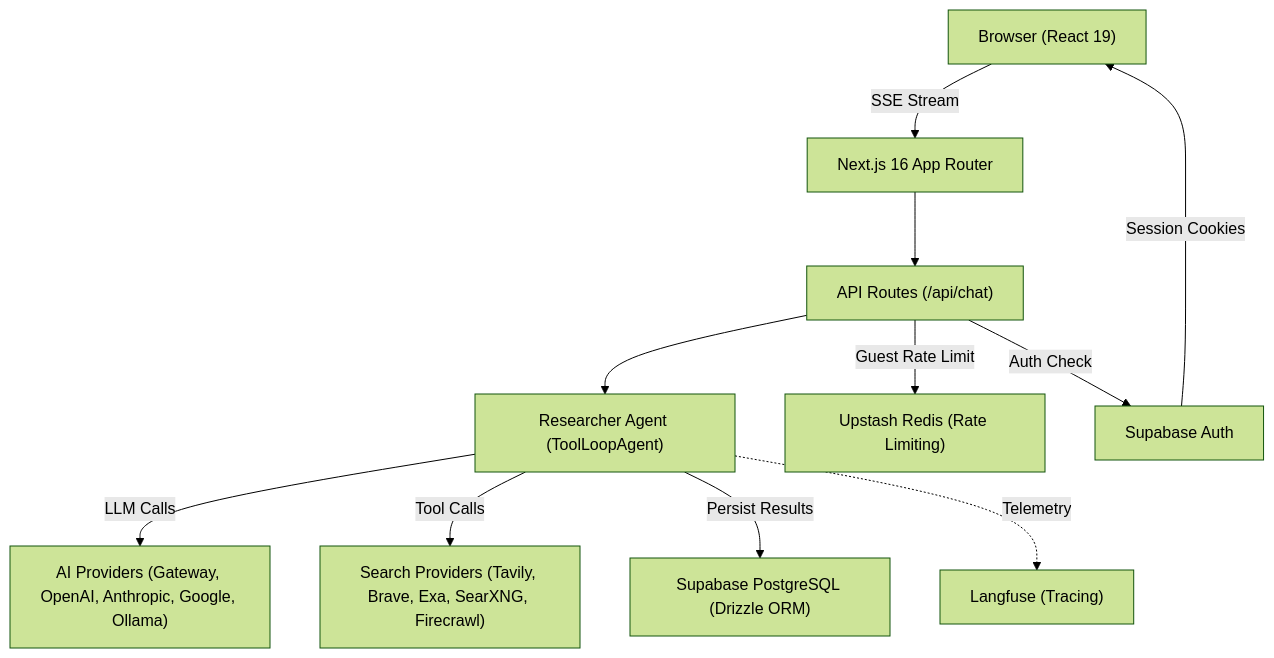
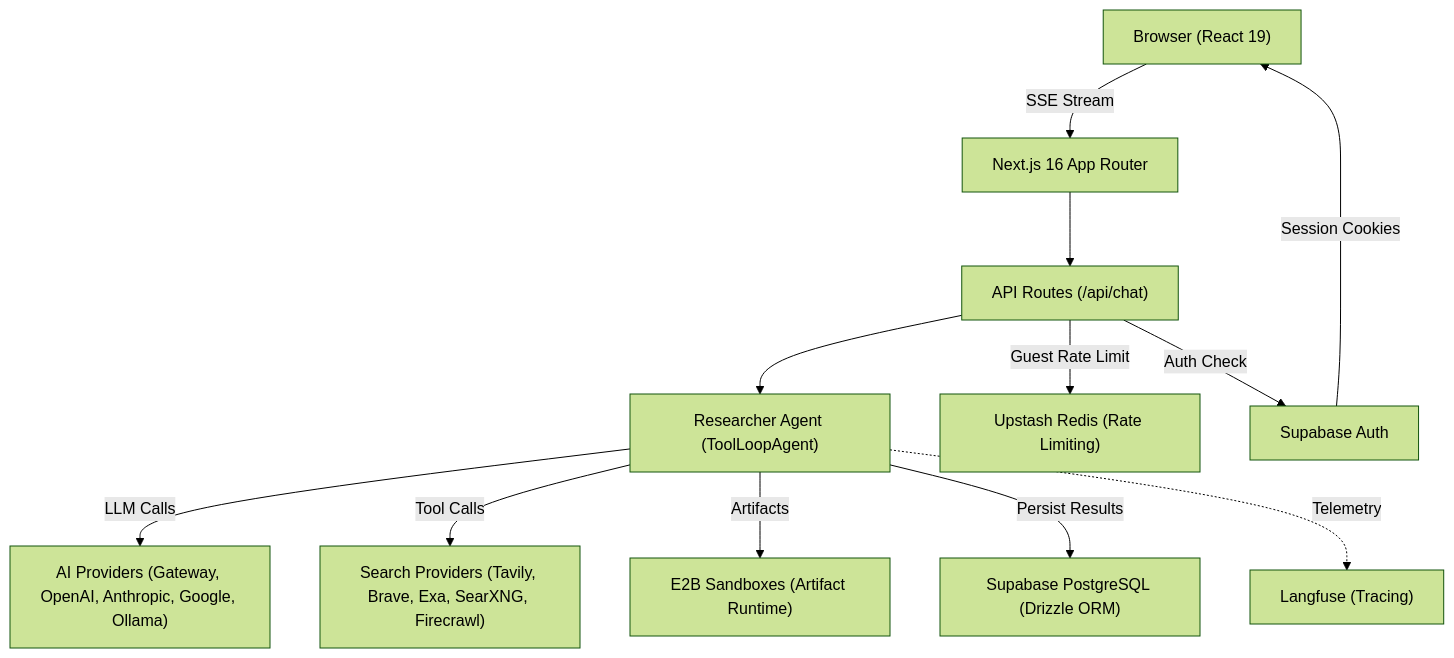
One commit to NickB03/polymorph changed the diagram in README.md. Above: the diagram before and after it, drawn with Mermaid (forest theme). The commit also changed other lines of this file and 29 other files, not shown here.

````diff
--- a/README.md
+++ b/README.md
@@ -52,24 +57,26 @@
 ```mermaid
 graph TD
     Browser["Browser (React 19)"]
     NextJS["Next.js 16 App Router"]
     API["API Routes (/api/chat)"]
     Agent["Researcher Agent (ToolLoopAgent)"]
     AI["AI Providers (Gateway, OpenAI, Anthropic, Google, Ollama)"]
     Search["Search Providers (Tavily, Brave, Exa, SearXNG, Firecrawl)"]
+    E2B["E2B Sandboxes (Artifact Runtime)"]
     DB["Supabase PostgreSQL (Drizzle ORM)"]
     Redis["Upstash Redis (Rate Limiting)"]
     Auth["Supabase Auth"]
     Langfuse["Langfuse (Tracing)"]
 
     Browser -->|"SSE Stream"| NextJS
     NextJS --> API
     API -->|"Auth Check"| Auth
     API -->|"Guest Rate Limit"| Redis
     API --> Agent
     Agent -->|"LLM Calls"| AI
     Agent -->|"Tool Calls"| Search
+    Agent -->|"Artifacts"| E2B
     Agent -->|"Persist Results"| DB
     Agent -.->|"Telemetry"| Langfuse
     Auth -->|"Session Cookies"| Browser
 ```
````
